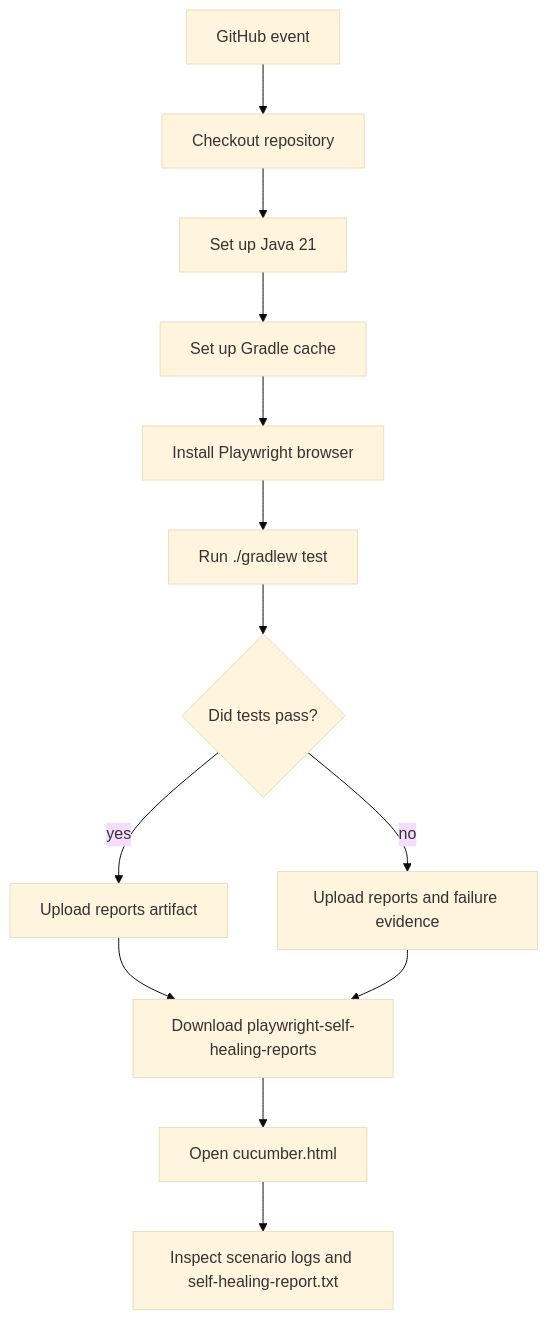
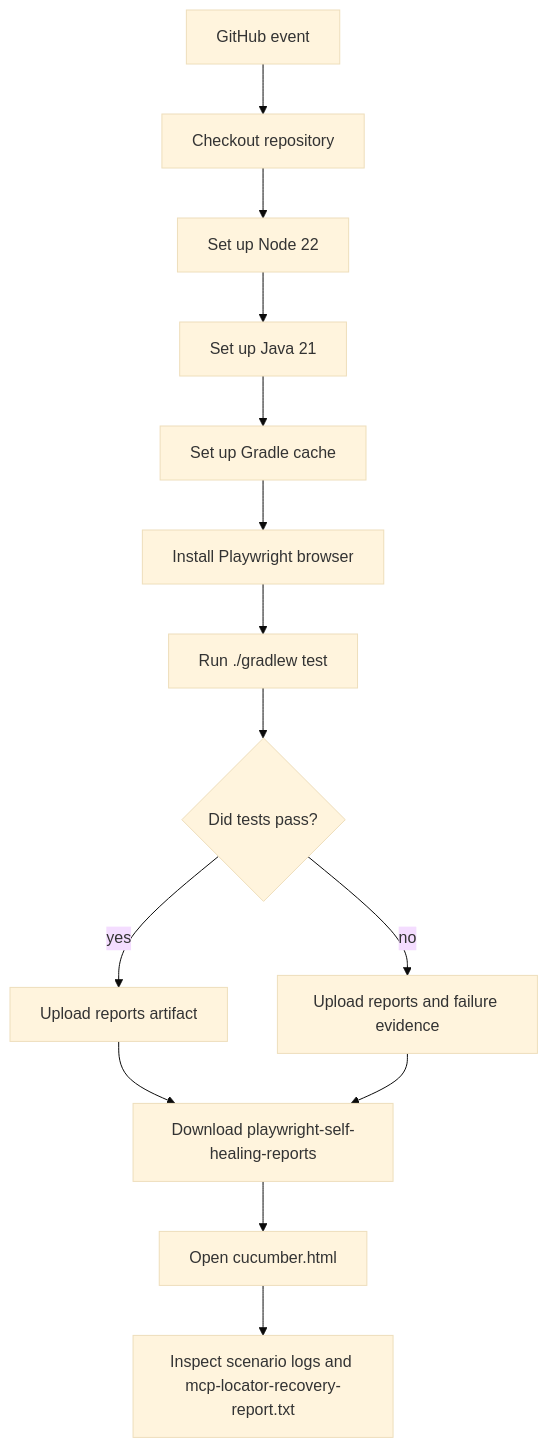
Before and after one commit to karthees05/playwright-self-healing: the second of 2 diagrams in README.md, drawn with Mermaid (base theme). The commit also changed other lines of this file and 8 other files, not shown here.

Commit message:
this self healing MCP-based locator recovery using java logic

````diff
--- a/README.md
+++ b/README.md
@@ -234,15 +231,16 @@
 ```mermaid
 flowchart TD
     A[GitHub event] --> B[Checkout repository]
-    B --> C[Set up Java 21]
-    C --> D[Set up Gradle cache]
-    D --> E[Install Playwright browser]
-    E --> F[Run ./gradlew test]
-    F --> G{Did tests pass?}
-    G -->|yes| H[Upload reports artifact]
-    G -->|no| I[Upload reports and failure evidence]
-    H --> J[Download playwright-self-healing-reports]
-    I --> J
-    J --> K[Open cucumber.html]
-    K --> L[Inspect scenario logs and self-healing-report.txt]
+    B --> C[Set up Node 22]
+    C --> D[Set up Java 21]
+    D --> E[Set up Gradle cache]
+    E --> F[Install Playwright browser]
+    F --> G[Run ./gradlew test]
+    G --> H{Did tests pass?}
+    H -->|yes| I[Upload reports artifact]
+    H -->|no| J[Upload reports and failure evidence]
+    I --> K[Download playwright-self-healing-reports]
+    J --> K
+    K --> L[Open cucumber.html]
+    L --> M[Inspect scenario logs and mcp-locator-recovery-report.txt]
 ```
````
